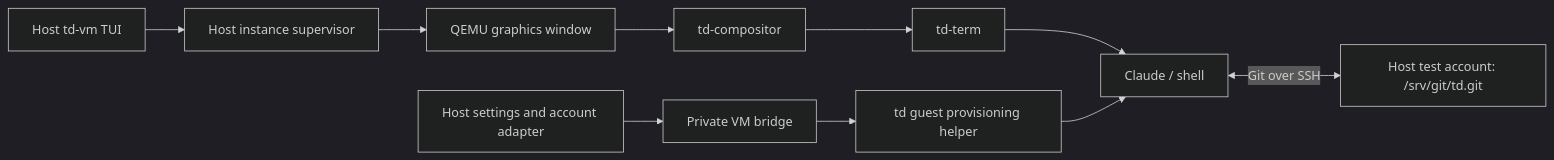
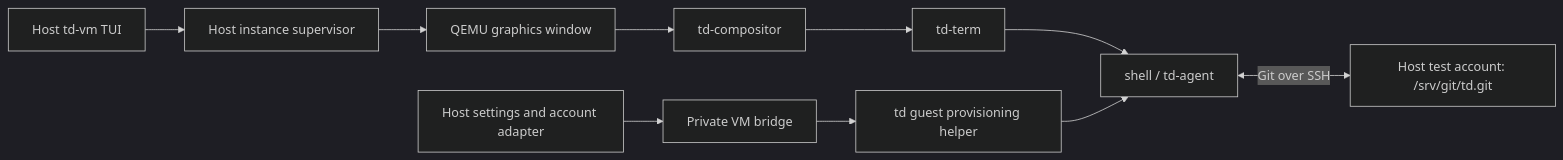
One commit to timmydo/td changed the first of 2 diagrams in td-vm/DESIGN.md. Above: the diagram before and after it, drawn with Mermaid (dark theme). The commit also changed other lines of this file and 20 other files, not shown here.

````diff
--- a/td-vm/DESIGN.md
+++ b/td-vm/DESIGN.md
@@ -139,12 +140,12 @@
 ```mermaid
 flowchart LR
     TUI[Host td-vm TUI] --> Supervisor[Host instance supervisor]
     Supervisor --> QEMU[QEMU graphics window]
     QEMU --> Compositor[td-compositor]
     Compositor --> Terminal[td-term]
-    Terminal --> Agent[Claude / shell]
+    Terminal --> Agent[shell / td-agent]
     Host[Host settings and account adapter] --> Bridge[Private VM bridge]
     Bridge --> Guest[td guest provisioning helper]
     Guest --> Agent
     Agent <-->|Git over SSH| Repo[Host test account: /srv/git/td.git]
 ```
````
